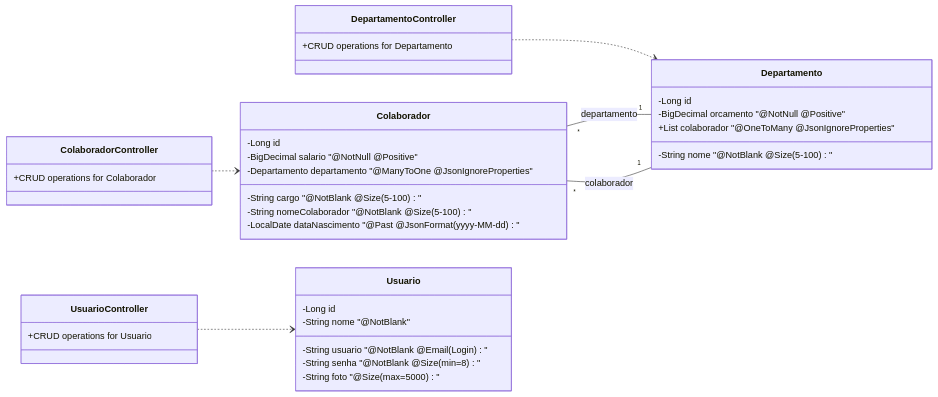
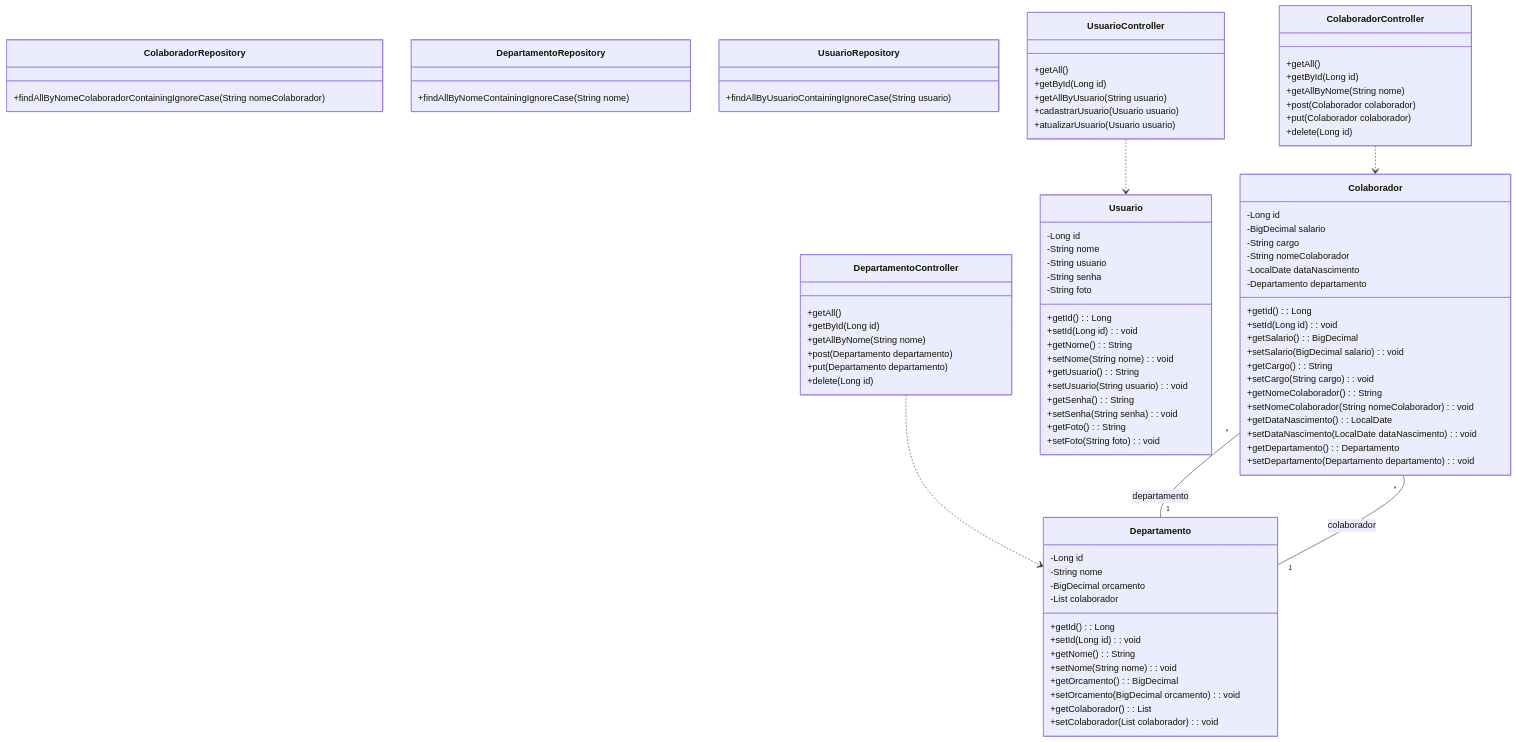
The diagram in README.md (Wezzlim/helloworld_spring), drawn with Mermaid before and after one commit. The commit also changed other lines of this file, not shown here.

````diff
--- a/README.md
+++ b/README.md
@@ -33,42 +33,111 @@
 ```mermaid
 classDiagram
-direction LR
+direction TB
+    class ColaboradorRepository {
+	    +findAllByNomeColaboradorContainingIgnoreCase(String nomeColaborador)
+    }
+    class DepartamentoRepository {
+	    +findAllByNomeContainingIgnoreCase(String nome)
+    }
+    class UsuarioRepository {
+	    +findAllByUsuarioContainingIgnoreCase(String usuario)
+    }
+
+    class Colaborador {
+    -Long id  
+    -BigDecimal salario  
+    -String cargo  
+    -String nomeColaborador  
+    -LocalDate dataNascimento  
+    -Departamento departamento  
+
+    +getId() : Long  
+    +setId(Long id) : void  
+
+    +getSalario() : BigDecimal  
+    +setSalario(BigDecimal salario) : void  
+
+    +getCargo() : String  
+    +setCargo(String cargo) : void  
+
+    +getNomeColaborador() : String  
+    +setNomeColaborador(String nomeColaborador) : void  
+
+    +getDataNascimento() : LocalDate  
+    +setDataNascimento(LocalDate dataNascimento) : void  
+
+    +getDepartamento() : Departamento  
+    +setDepartamento(Departamento departamento) : void  
+    }
+
+    class Departamento {
+    -Long id
+    -String nome
+    -BigDecimal orcamento
+    -List<Colaborador> colaborador
+
+    +getId() : Long
+    +setId(Long id) : void
+
+    +getNome() : String
+    +setNome(String nome) : void
+
+    +getOrcamento() : BigDecimal
+    +setOrcamento(BigDecimal orcamento) : void
+
+    +getColaborador() : List<Colaborador>
+    +setColaborador(List<Colaborador> colaborador) : void
+    }
+
+    class Usuario {
+    -Long id
+    -String nome
+    -String usuario
+    -String senha
+    -String foto
+
+    +getId() : Long
+    +setId(Long id) : void
+
+    +getNome() : String
+    +setNome(String nome) : void
+
+    +getUsuario() : String
+    +setUsuario(String usuario) : void
+
+    +getSenha() : String
+    +setSenha(String senha) : void
+
+    +getFoto() : String
+    +setFoto(String foto) : void
+    }
 
     class ColaboradorController {
-        +CRUD operations for Colaborador
+    +getAll()
+    +getById(Long id)
+    +getAllByNome(String nome)
+    +post(Colaborador colaborador)
+    +put(Colaborador colaborador)
+    +delete(Long id)
     }
 
     class DepartamentoController {
-        +CRUD operations for Departamento
+    +getAll()
+    +getById(Long id)
+    +getAllByNome(String nome)
+    +post(Departamento departamento)
+    +put(Departamento departamento)
+    +delete(Long id)
     }
 
     class UsuarioController {
-        +CRUD operations for Usuario
+    +getAll()
+    +getById(Long id)
+    +getAllByUsuario(String usuario)
+    +cadastrarUsuario(Usuario usuario)
+    +atualizarUsuario(Usuario usuario)
     }
 
-    class Colaborador {
-        -Long id
-        -BigDecimal salario "@NotNull @Positive"
-        -String cargo "@NotBlank @Size(5-100)"
-        -String nomeColaborador "@NotBlank @Size(5-100)"
-        -LocalDate dataNascimento "@Past @JsonFormat(yyyy-MM-dd)"
-        -Departamento departamento "@ManyToOne @JsonIgnoreProperties"
-    }
-
-    class Departamento {
-        -Long id
-        -String nome "@NotBlank @Size(5-100)"
-        -BigDecimal orcamento "@NotNull @Positive"
-        +List<Colaborador> colaborador "@OneToMany @JsonIgnoreProperties"
-    }
-
-    class Usuario {
-        -Long id
-        -String nome "@NotBlank"
-        -String usuario "@NotBlank @Email (Login)"
-        -String senha "@NotBlank @Size(min=8)"
-        -String foto "@Size(max=5000)"
-    }
 
     ColaboradorController ..> Colaborador
     DepartamentoController ..> Departamento
````
